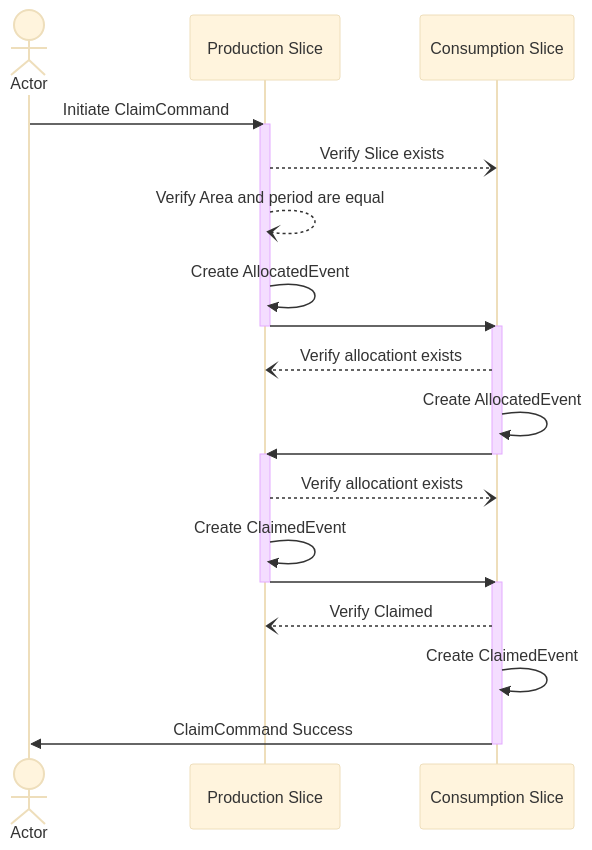
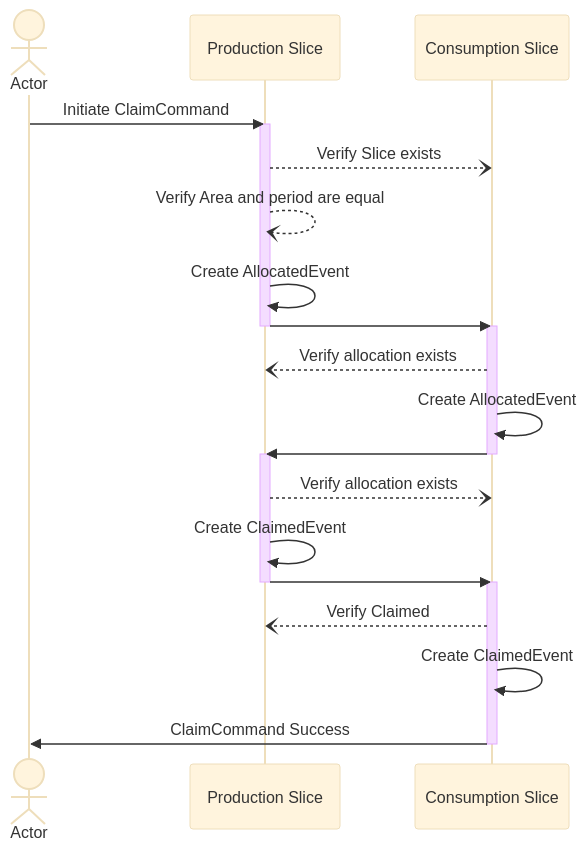
Before and after one commit to project-origin/registry: the diagram in doc/concept/granular-certificates/commands/claim.md, drawn with Mermaid (base theme).

Commit message:
removed a typo 't' in the mermaid diagram

````diff
--- a/doc/concept/granular-certificates/commands/claim.md
+++ b/doc/concept/granular-certificates/commands/claim.md
@@ -55,33 +55,33 @@
 ```mermaid
 sequenceDiagram
     actor user as Actor
     participant prod as Production Slice
     participant cons as Consumption Slice
 
     user ->> prod: Initiate ClaimCommand
 
     activate prod
     prod --) cons: Verify Slice exists
     prod --) prod: Verify Area and period are equal
     prod ->> prod: Create AllocatedEvent
     prod ->> cons: #
     deactivate prod
 
     activate cons
-    cons --) prod: Verify allocationt exists
+    cons --) prod: Verify allocation exists
     cons ->> cons: Create AllocatedEvent
     cons ->> prod: #
     deactivate cons
 
     activate prod
-    prod --) cons: Verify allocationt exists
+    prod --) cons: Verify allocation exists
     prod ->> prod: Create ClaimedEvent
     prod ->> cons: #
     deactivate prod
 
     activate cons
     cons --) prod: Verify Claimed
     cons ->> cons: Create ClaimedEvent
     cons ->> user: ClaimCommand Success
     deactivate cons
 ```
````
